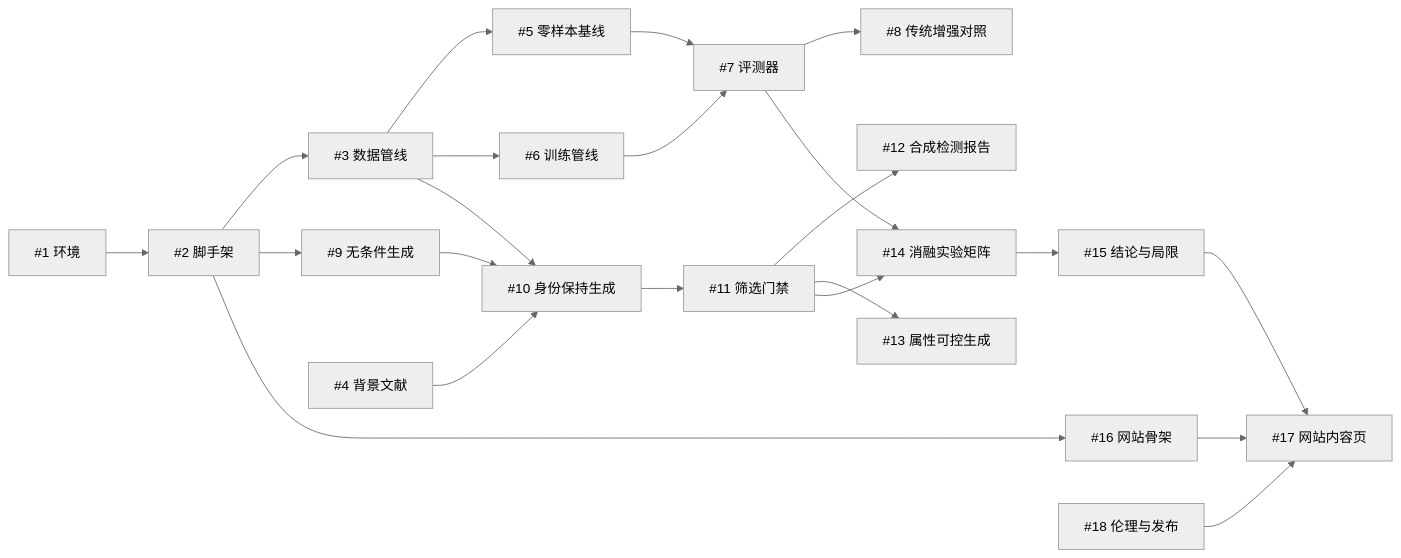
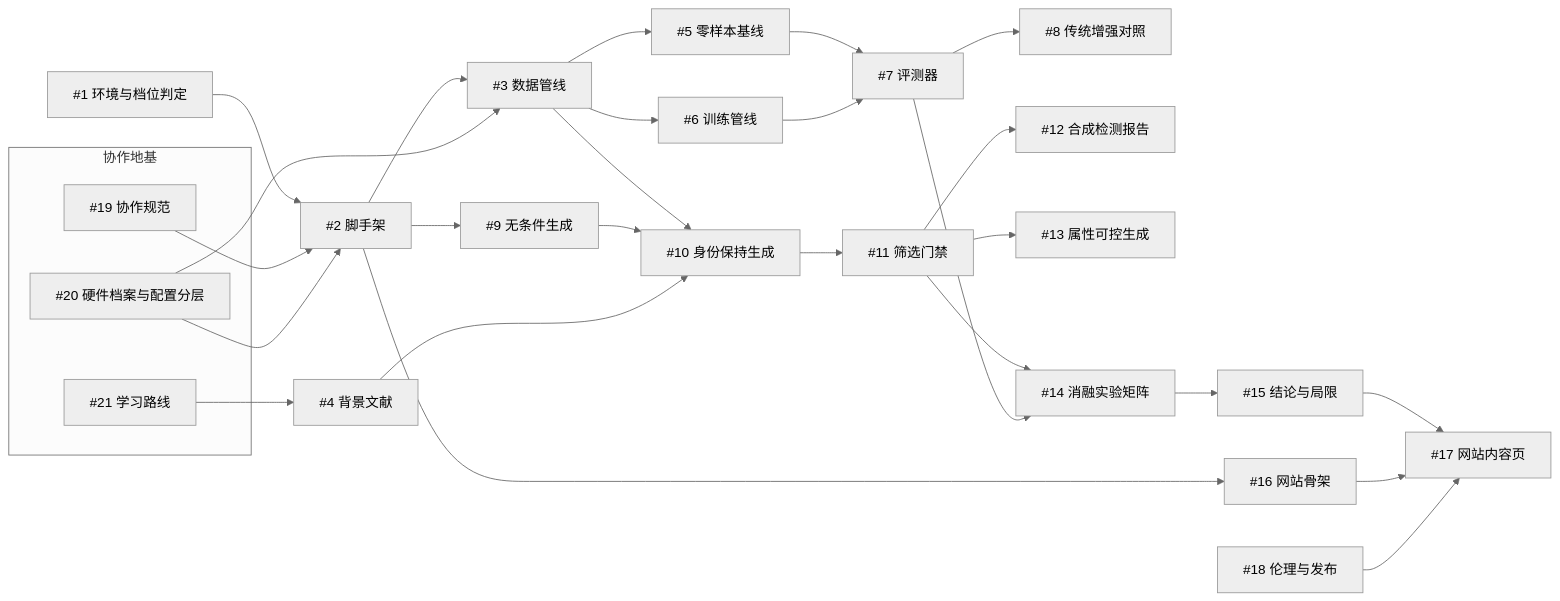
The diagram in docs/WORKFLOW.md (DrGlitch666/AIGC-in-Face-Recognition-Dataset-Augmentation), drawn with Mermaid (neutral theme) before and after one commit. The commit also changed other lines of this file and 18 other files, not shown here.

````diff
--- a/docs/WORKFLOW.md
+++ b/docs/WORKFLOW.md
@@ -31,24 +33,33 @@
 ```mermaid
 flowchart LR
-    I1[#1 环境] --> I2[#2 脚手架]
+    subgraph M0[协作地基]
+        I19[#19 协作规范]
+        I20[#20 硬件档案与配置分层]
+        I21[#21 学习路线]
+    end
+    I1[#1 环境与档位判定] --> I2[#2 脚手架]
+    I19 --> I2
+    I20 --> I2
     I2 --> I3[#3 数据管线]
+    I20 --> I3
     I3 --> I5[#5 零样本基线]
     I3 --> I6[#6 训练管线]
     I5 --> I7[#7 评测器]
     I6 --> I7
     I7 --> I8[#8 传统增强对照]
     I2 --> I9[#9 无条件生成]
     I3 --> I10[#10 身份保持生成]
     I9 --> I10
     I10 --> I11[#11 筛选门禁]
     I11 --> I12[#12 合成检测报告]
     I11 --> I13[#13 属性可控生成]
     I11 --> I14[#14 消融实验矩阵]
     I7 --> I14
     I14 --> I15[#15 结论与局限]
     I15 --> I17[#17 网站内容页]
     I2 --> I16[#16 网站骨架]
     I16 --> I17
     I4[#4 背景文献] --> I10
+    I21 --> I4
     I18[#18 伦理与发布] --> I17
 ```
````
